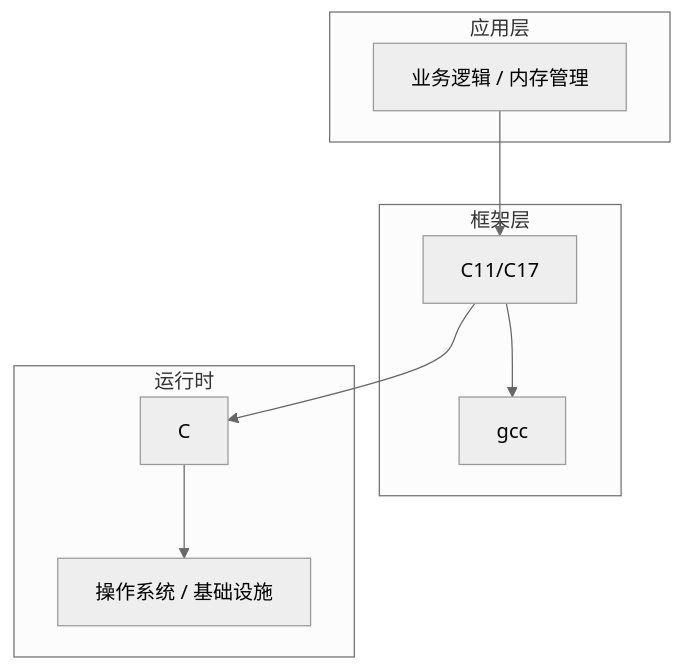
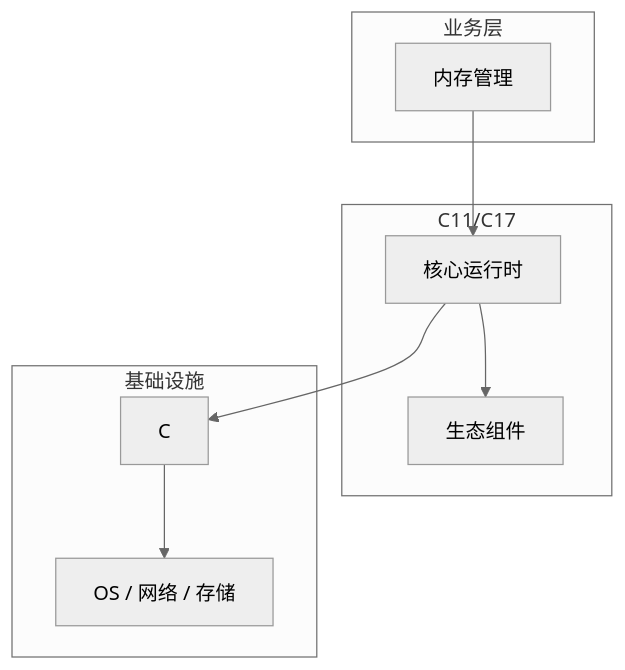
The diagram in articles/C语言/chapters/067-内存管理核心概念与原理.md (yanggan2015/knowledge-json-v2), drawn with Mermaid (neutral theme) before and after one commit. The commit also changed other lines of this file and 10127 other files, not shown here.

````diff
--- a/articles/C语言/chapters/067-内存管理核心概念与原理.md
+++ b/articles/C语言/chapters/067-内存管理核心概念与原理.md
@@ -45,18 +34,18 @@
 ```mermaid
 graph TB
-    subgraph 应用层
-        A[业务逻辑 / 内存管理]
+    subgraph 业务层
+        A[内存管理]
     end
-    subgraph 框架层
-        B[C11/C17]
-        C[gcc]
+    subgraph C11/C17
+        B[核心运行时]
+        C[生态组件]
     end
-    subgraph 运行时
+    subgraph 基础设施
         D[C]
-        E[操作系统 / 基础设施]
+        E[OS / 网络 / 存储]
     end
     A --> B
     B --> C
     B --> D
     D --> E
 ```
````
